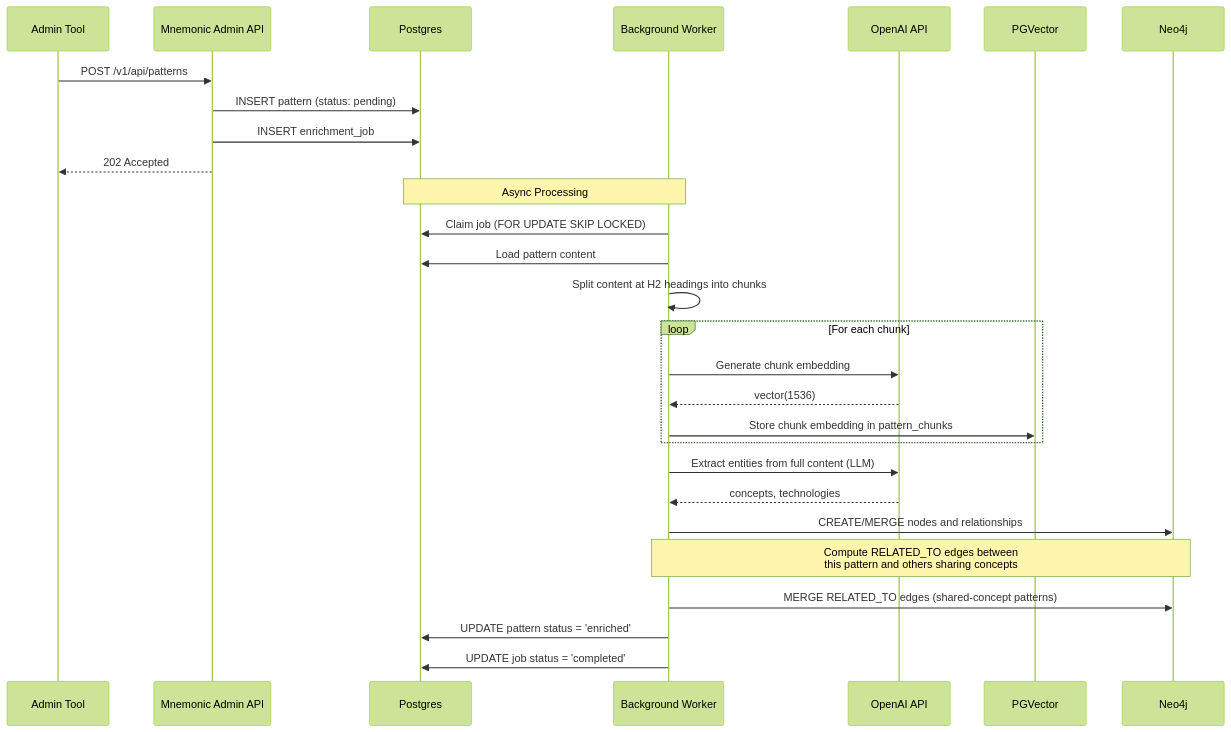
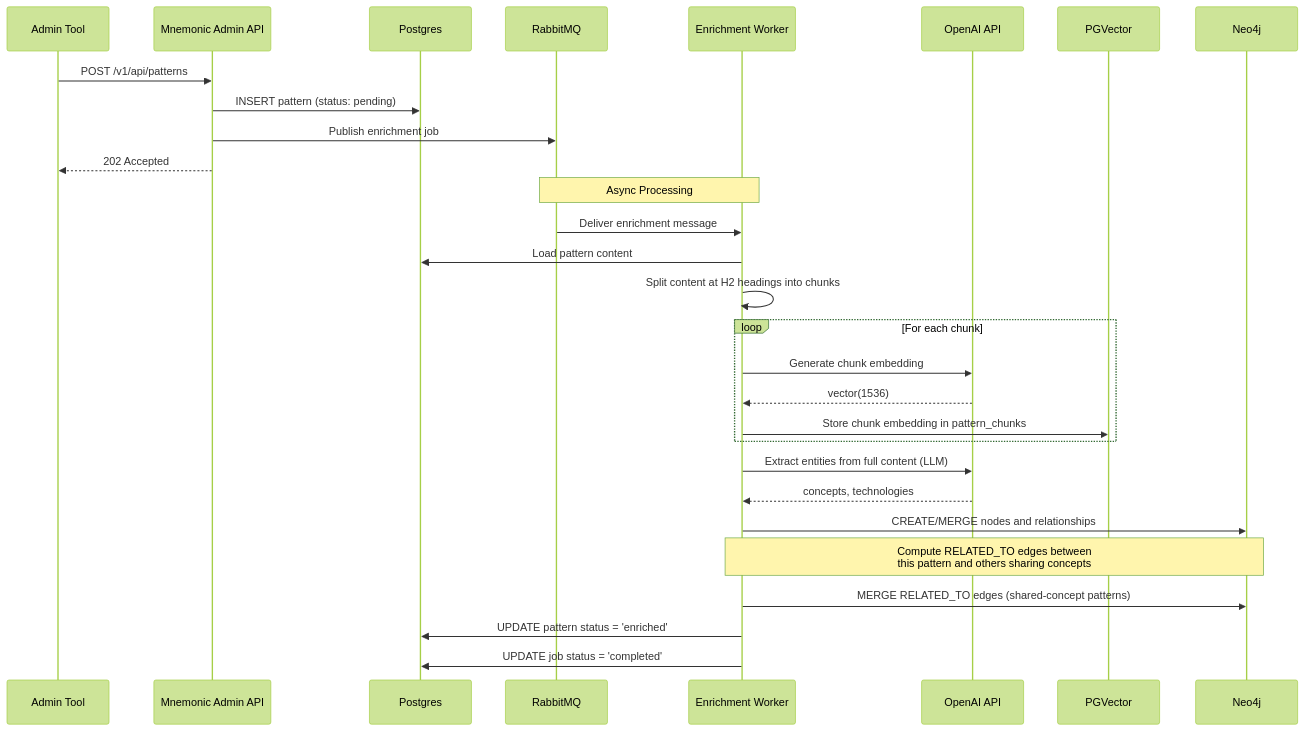
The seventh of 14 diagrams in docs/architecture/04-data-architecture.md (twistingmercury/mnemonic-enricher), drawn with Mermaid (forest theme) before and after one commit. The commit also changed other lines of this file and 6 other files, not shown here.

Commit message:
docs: fix queue architecture — RabbitMQ, not Postgres-backed queue

````diff
--- a/docs/architecture/04-data-architecture.md
+++ b/docs/architecture/04-data-architecture.md
@@ -477,32 +477,33 @@
 ```mermaid
 sequenceDiagram
     participant ADMIN as Admin Tool
     participant API as Mnemonic Admin API
     participant PG as Postgres
-    participant WORKER as Background Worker
+    participant RMQ as RabbitMQ
+    participant WORKER as Enrichment Worker
     participant OPENAI as OpenAI API
     participant PGV as PGVector
     participant NEO as Neo4j
 
     ADMIN->>API: POST /v1/api/patterns
     API->>PG: INSERT pattern (status: pending)
-    API->>PG: INSERT enrichment_job
+    API->>RMQ: Publish enrichment job
     API-->>ADMIN: 202 Accepted
 
-    Note over WORKER,PG: Async Processing
-    WORKER->>PG: Claim job (FOR UPDATE SKIP LOCKED)
+    Note over RMQ,WORKER: Async Processing
+    RMQ->>WORKER: Deliver enrichment message
     WORKER->>PG: Load pattern content
     WORKER->>WORKER: Split content at H2 headings into chunks
     loop For each chunk
         WORKER->>OPENAI: Generate chunk embedding
         OPENAI-->>WORKER: vector(1536)
         WORKER->>PGV: Store chunk embedding in pattern_chunks
     end
     WORKER->>OPENAI: Extract entities from full content (LLM)
     OPENAI-->>WORKER: concepts, technologies
     WORKER->>NEO: CREATE/MERGE nodes and relationships
     Note over WORKER,NEO: Compute RELATED_TO edges between<br/>this pattern and others sharing concepts
     WORKER->>NEO: MERGE RELATED_TO edges (shared-concept patterns)
     WORKER->>PG: UPDATE pattern status = 'enriched'
     WORKER->>PG: UPDATE job status = 'completed'
 ```
````
